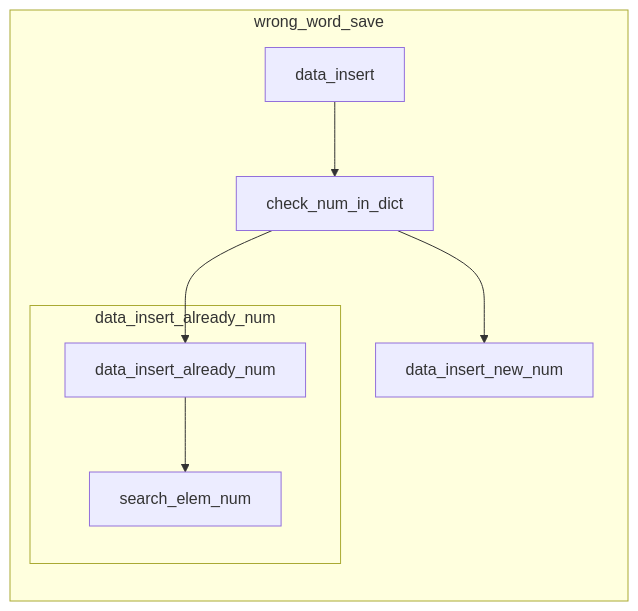
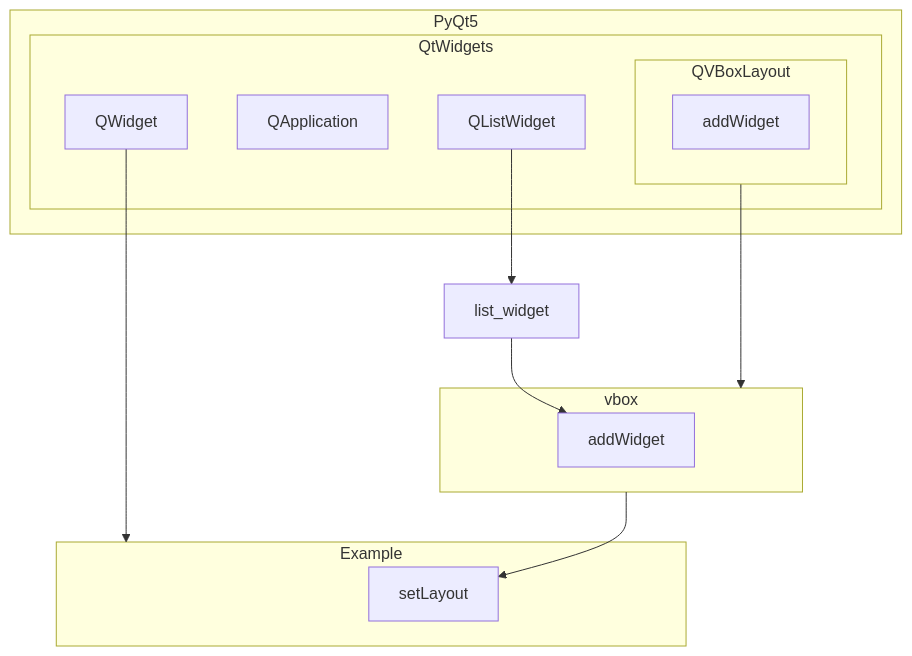
One commit to haruki-tec/WordLeaningAidKit changed the diagram in src/think.md. Above: the diagram before and after it, drawn with Mermaid. The commit also changed 154 other files, not shown here.

````diff
--- a/src/think.md
+++ b/src/think.md
@@ -3,17 +3,26 @@
 ```mermaid
-    graph LR;
-    A[data_insert]
-    B[check_num_in_dict]
-    C[data_insert_new_num]
-    D[data_insert_already_num]
-    E[search_elem_num]
+graph TD;
 
-
-    subgraph wrong_word_save;
-    A-->B-->C
-    B-->D
-    subgraph data_insert_already_num;
-        D-->E
-    end
-    end;
+	subgraph PyQt5
+		subgraph QtWidgets
+			QApplication
+			QListWidget
+			subgraph QVBoxLayout
+			addWidget
+			end
+			QWidget
+		end
+	end
+	subgraph vbox
+	A[addWidget]
+	end
+	subgraph Example
+		setLayout
+	end
+	QWidget --> Example
+	QVBoxLayout --> vbox
+	QListWidget --> list_widget
+	list_widget --> A
+	vbox --> setLayout
+	
 ```
````
